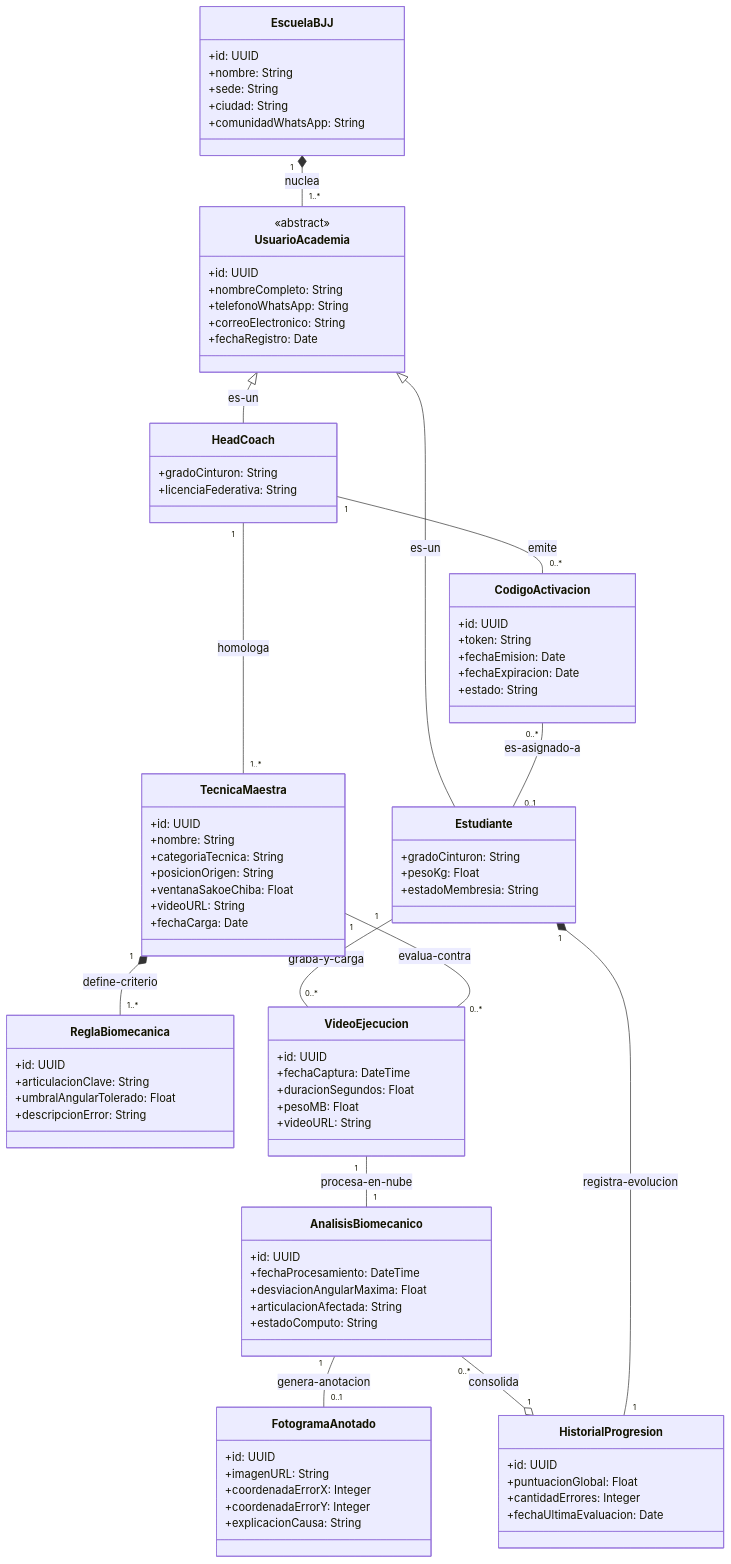
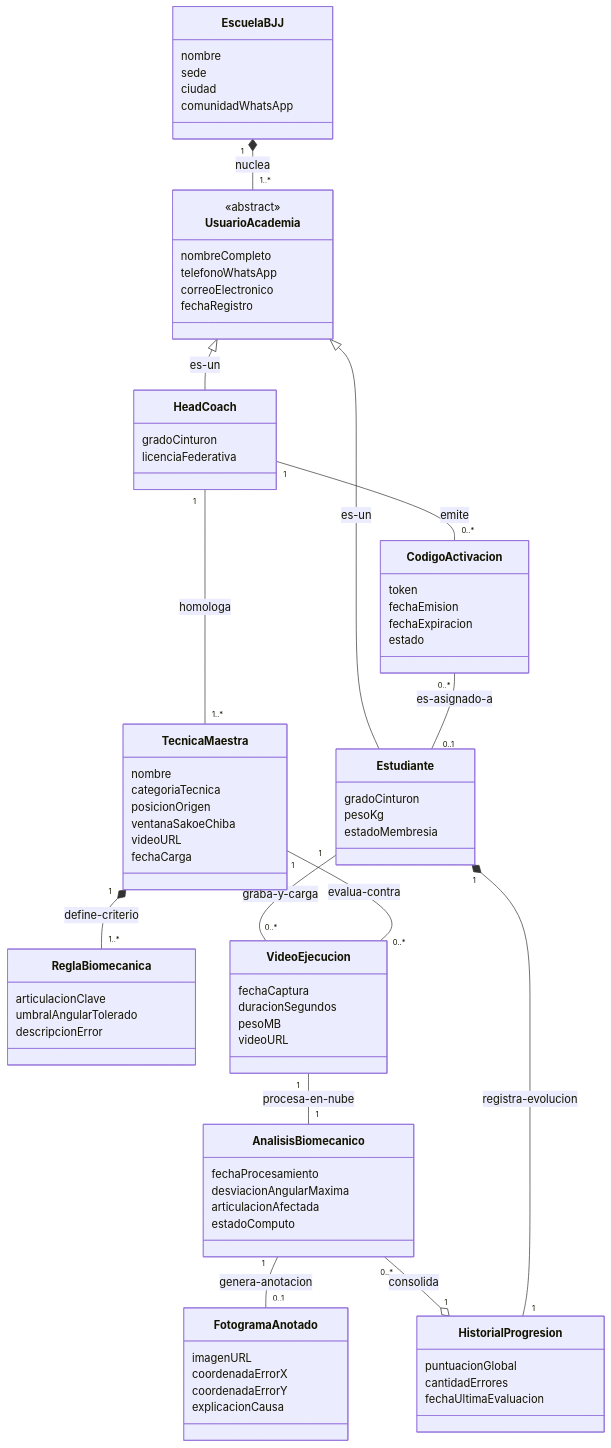
One commit to Tsmrain/JiuJitsu changed the third of 3 diagrams in README.md. Above: the diagram before and after it, drawn with Mermaid.

Commit message:
modelo de dominio sin tipo de datos

````diff
--- a/README.md
+++ b/README.md
@@ -647,87 +647,78 @@
 ```mermaid
 classDiagram
     class EscuelaBJJ {
-        +id: UUID
-        +nombre: String
-        +sede: String
-        +ciudad: String
-        +comunidadWhatsApp: String
+        nombre
+        sede
+        ciudad
+        comunidadWhatsApp
     }
 
     class UsuarioAcademia {
         <<abstract>>
-        +id: UUID
-        +nombreCompleto: String
-        +telefonoWhatsApp: String
-        +correoElectronico: String
-        +fechaRegistro: Date
+        nombreCompleto
+        telefonoWhatsApp
+        correoElectronico
+        fechaRegistro
     }
 
     class HeadCoach {
-        +gradoCinturon: String
-        +licenciaFederativa: String
+        gradoCinturon
+        licenciaFederativa
     }
 
     class Estudiante {
-        +gradoCinturon: String
-        +pesoKg: Float
-        +estadoMembresia: String
+        gradoCinturon
+        pesoKg
+        estadoMembresia
     }
 
     class CodigoActivacion {
-        +id: UUID
-        +token: String
-        +fechaEmision: Date
-        +fechaExpiracion: Date
-        +estado: String
+        token
+        fechaEmision
+        fechaExpiracion
+        estado
     }
 
     class TecnicaMaestra {
-        +id: UUID
-        +nombre: String
-        +categoriaTecnica: String
-        +posicionOrigen: String
-        +ventanaSakoeChiba: Float
-        +videoURL: String
-        +fechaCarga: Date
+        nombre
+        categoriaTecnica
+        posicionOrigen
+        ventanaSakoeChiba
+        videoURL
+        fechaCarga
     }
 
     class ReglaBiomecanica {
-        +id: UUID
-        +articulacionClave: String
-        +umbralAngularTolerado: Float
-        +descripcionError: String
+        articulacionClave
+        umbralAngularTolerado
+        descripcionError
     }
 
     class VideoEjecucion {
-        +id: UUID
-        +fechaCaptura: DateTime
-        +duracionSegundos: Float
-        +pesoMB: Float
-        +videoURL: String
+        fechaCaptura
+        duracionSegundos
+        pesoMB
+        videoURL
     }
 
     class AnalisisBiomecanico {
-        +id: UUID
-        +fechaProcesamiento: DateTime
-        +desviacionAngularMaxima: Float
-        +articulacionAfectada: String
-        +estadoComputo: String
+        fechaProcesamiento
+        desviacionAngularMaxima
+        articulacionAfectada
+        estadoComputo
     }
 
     class FotogramaAnotado {
-        +id: UUID
-        +imagenURL: String
-        +coordenadaErrorX: Integer
-        +coordenadaErrorY: Integer
-        +explicacionCausa: String
+        imagenURL
+        coordenadaErrorX
+        coordenadaErrorY
+        explicacionCausa
     }
 
     class HistorialProgresion {
-        +id: UUID
-        +puntuacionGlobal: Float
-        +cantidadErrores: Integer
-        +fechaUltimaEvaluacion: Date
+        puntuacionGlobal
+        cantidadErrores
+        fechaUltimaEvaluacion
     }
 
     EscuelaBJJ "1" *-- "1..*" UsuarioAcademia : nuclea
````
